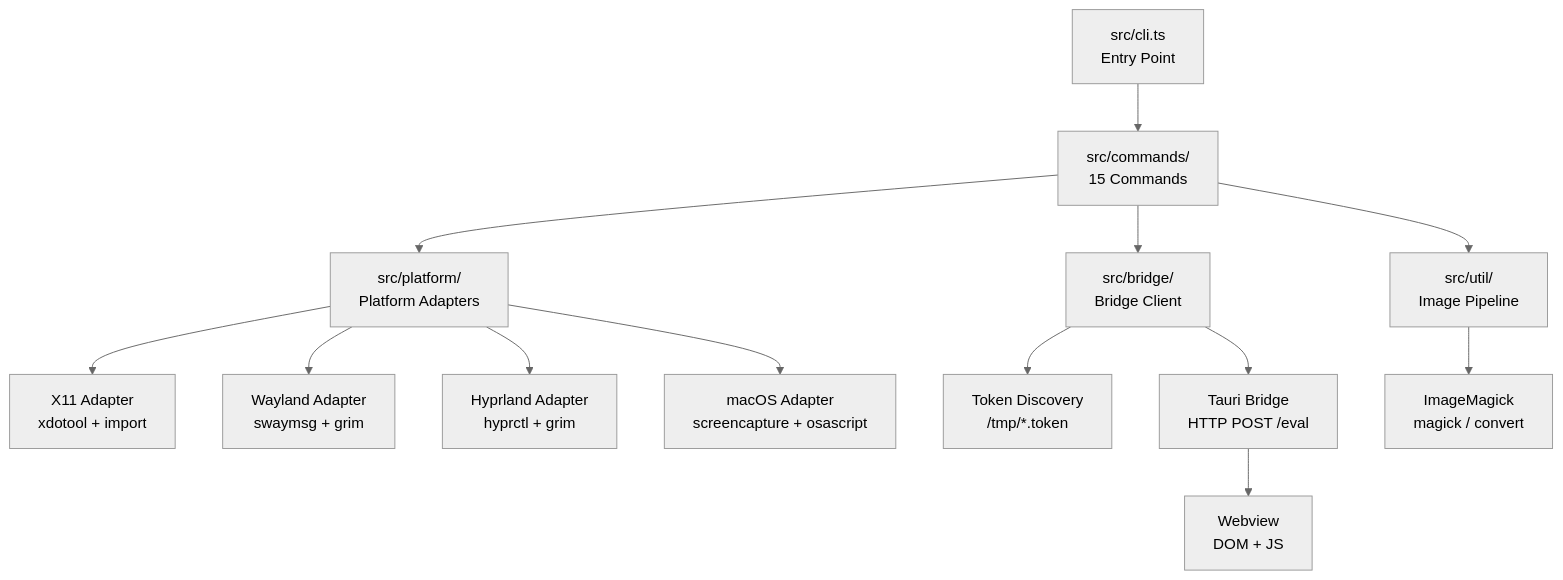
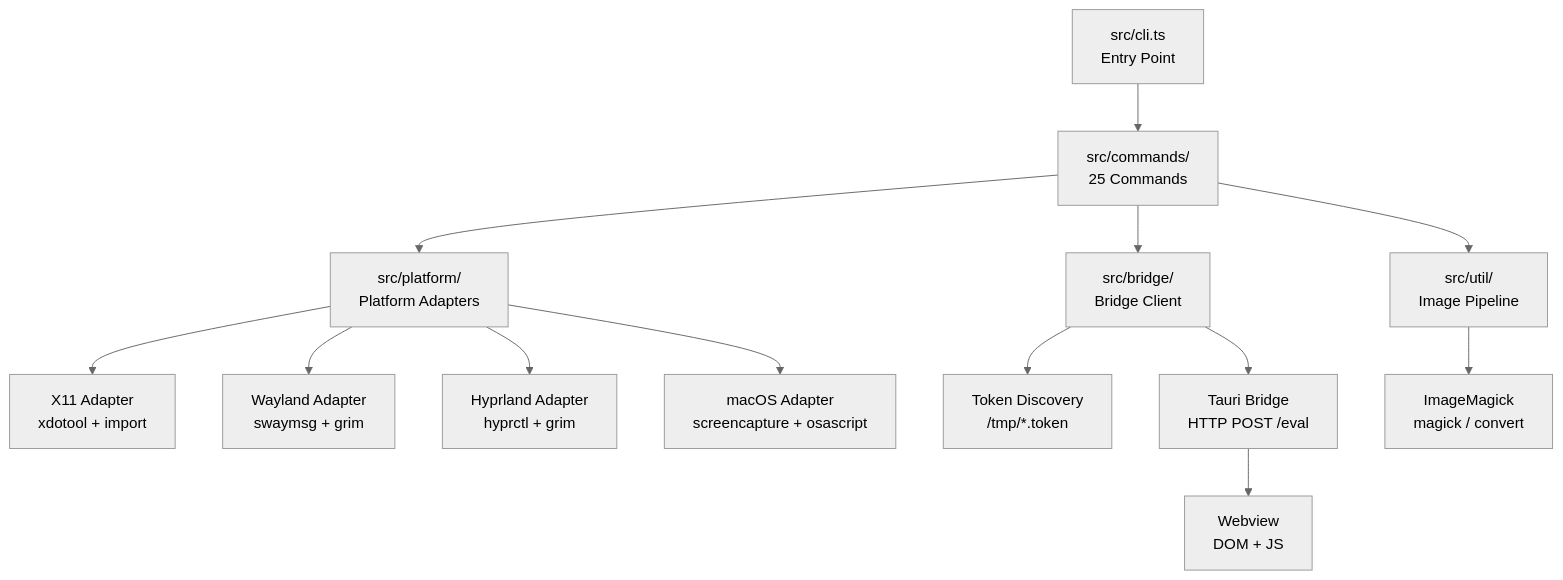
The diagram in docs/architecture/overview.md (cesarandreslopez/tauri-agent-tools), drawn with Mermaid (neutral theme) before and after one commit. The commit also changed other lines of this file and 14 other files, not shown here.

````diff
--- a/docs/architecture/overview.md
+++ b/docs/architecture/overview.md
@@ -5,15 +5,15 @@
 ```mermaid
 graph TD
-    CLI[src/cli.ts<br/>Entry Point] --> CMD[src/commands/<br/>15 Commands]
+    CLI[src/cli.ts<br/>Entry Point] --> CMD[src/commands/<br/>25 Commands]
     CMD --> PA[src/platform/<br/>Platform Adapters]
     CMD --> BC[src/bridge/<br/>Bridge Client]
     PA --> X11[X11 Adapter<br/>xdotool + import]
     PA --> WL[Wayland Adapter<br/>swaymsg + grim]
     PA --> HY[Hyprland Adapter<br/>hyprctl + grim]
     PA --> MAC[macOS Adapter<br/>screencapture + osascript]
     BC --> TD[Token Discovery<br/>/tmp/*.token]
     BC --> BR[Tauri Bridge<br/>HTTP POST /eval]
     BR --> WV[Webview<br/>DOM + JS]
     CMD --> IMG[src/util/<br/>Image Pipeline]
     IMG --> IM[ImageMagick<br/>magick / convert]
 ```
````
